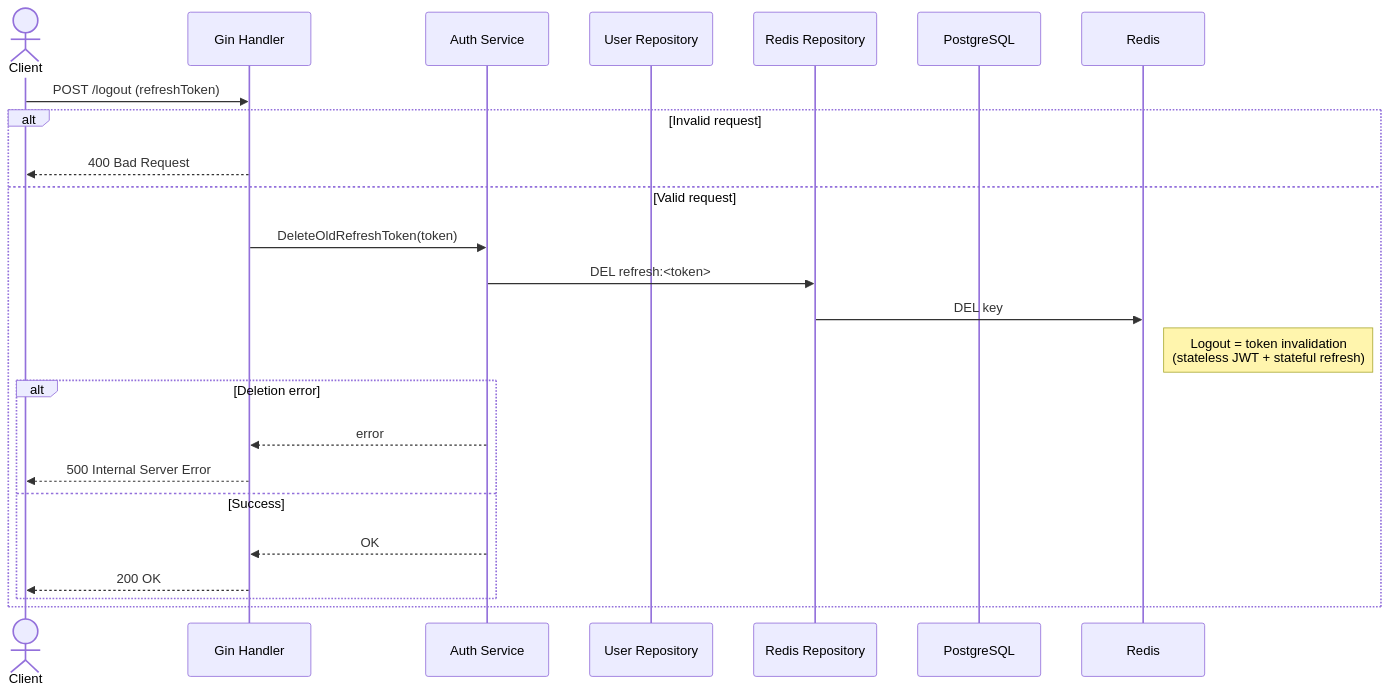
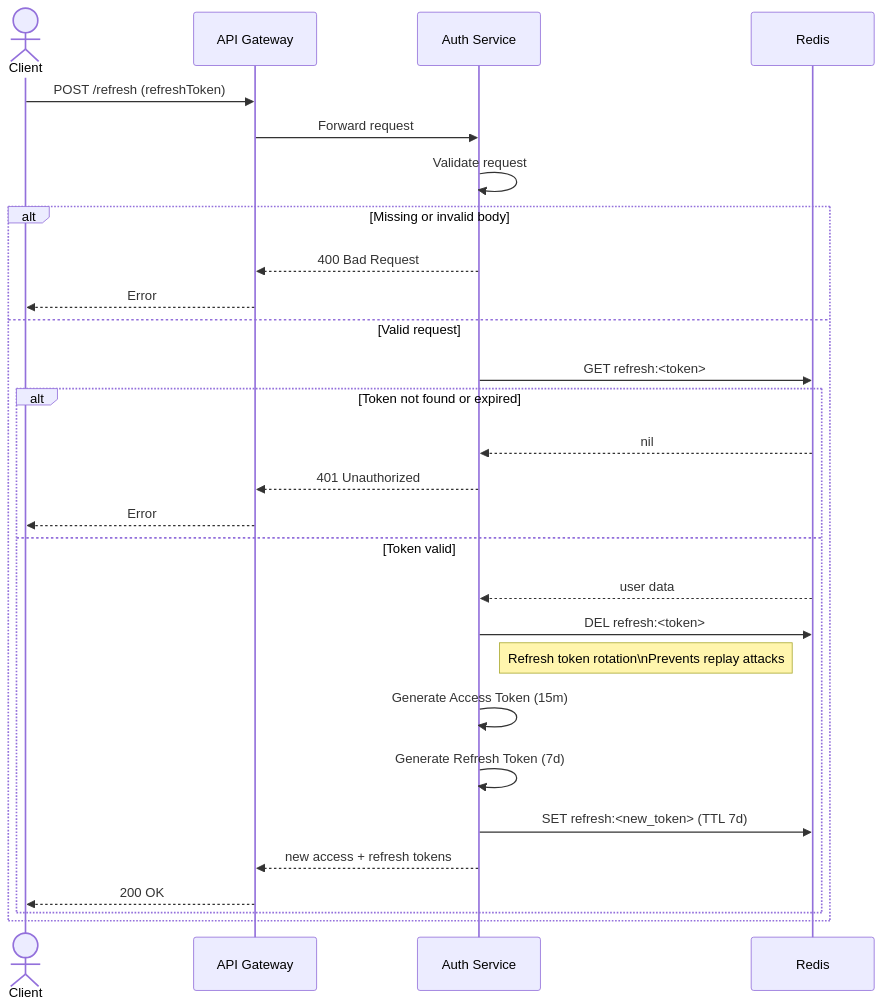
The third of 11 diagrams in DESIGN.md (HenryNg101/Server-Management-System), drawn with Mermaid before and after one commit. The commit also changed other lines of this file, not shown here.

````diff
--- a/DESIGN.md
+++ b/DESIGN.md
@@ -139,35 +237,57 @@
    ```mermaid
    sequenceDiagram
 
-   actor Client
-   participant Handler as Gin Handler
-   participant Service as Auth Service
-   participant UserRepo as User Repository
-   participant RedisRepo as Redis Repository
-   participant DB as PostgreSQL
-   participant Redis as Redis
+    actor Client
+    participant Gateway as API Gateway
+    participant AuthSvc as Auth Service
+    participant Redis
 
-   %% =========================
-   %% LOGOUT WORKFLOW
-   %% =========================
+    %% =========================
+    %% REFRESH WORKFLOW
+    %% =========================
 
-   Client->>Handler: POST /logout (refreshToken)
+    Client->>Gateway: POST /refresh (refreshToken)
+    Gateway->>AuthSvc: Forward request
 
-   alt Invalid request
-      Handler-->>Client: 400 Bad Request
-   else Valid request
-      Handler->>Service: DeleteOldRefreshToken(token)
-      Service->>RedisRepo: DEL refresh:<token>
-      RedisRepo->>Redis: DEL key
+    AuthSvc->>AuthSvc: Validate request
 
-      Note right of Redis: Logout = token invalidation<br>(stateless JWT + stateful refresh)
+    alt Missing or invalid body
+        AuthSvc-->>Gateway: 400 Bad Request
+        Gateway-->>Client: Error
+    else Valid request
 
-      alt Deletion error
-         Service-->>Handler: error
-         Handler-->>Client: 500 Internal Server Error
-      else Success
-         Service-->>Handler: OK
-         Handler-->>Client: 200 OK
-      end
-   end
+        %% =========================
+        %% VALIDATE REFRESH TOKEN
+        %% =========================
+        AuthSvc->>Redis: GET refresh:<token>
+
+        alt Token not found or expired
+            Redis-->>AuthSvc: nil
+            AuthSvc-->>Gateway: 401 Unauthorized
+            Gateway-->>Client: Error
+        else Token valid
+            Redis-->>AuthSvc: user data
+
+            %% =========================
+            %% TOKEN ROTATION
+            %% =========================
+            AuthSvc->>Redis: DEL refresh:<token>
+
+            Note right of AuthSvc: Refresh token rotation\nPrevents replay attacks
+
+            %% =========================
+            %% ISSUE NEW TOKENS
+            %% =========================
+            AuthSvc->>AuthSvc: Generate Access Token (15m)
+            AuthSvc->>AuthSvc: Generate Refresh Token (7d)
+
+            AuthSvc->>Redis: SET refresh:<new_token> (TTL 7d)
+
+            %% =========================
+            %% RESPONSE
+            %% =========================
+            AuthSvc-->>Gateway: new access + refresh tokens
+            Gateway-->>Client: 200 OK
+        end
+    end
    ```
````
